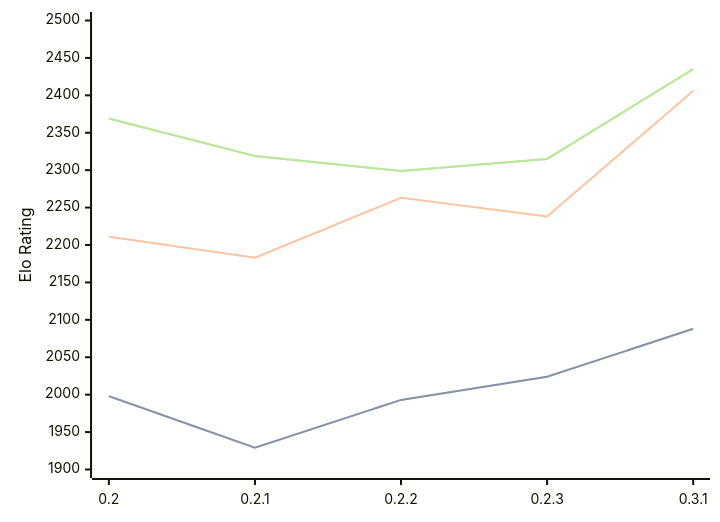
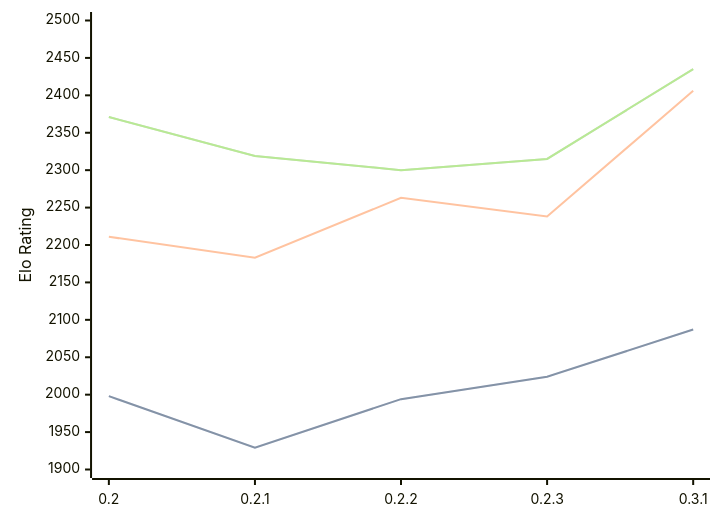
Before and after one commit to computer-chess-index/cci: the diagram in engines/Lolbot.md, drawn with Mermaid. The commit also changed other lines of this file, not shown here.

Commit message:
Update CCI Ratings (ELO VLTC) - 2026-09-05

````diff
--- a/engines/Lolbot.md
+++ b/engines/Lolbot.md
@@ -35,11 +35,11 @@
 ```mermaid
 %%{init: {"theme":"base","themeVariables":{"seriesColors:['#a3a3a3','#222221','#faa371']}}}%%
 xychart-beta
   x-axis ["0.2", "0.2.1", "0.2.2", "0.2.3", "0.3.1"]
   y-axis "Elo Rating" 1900 --> 2500
-  line "" [1998, 1929, 1993, 2024, 2088]
-  line "STC (8.0+0.08s)" [1998, 1929, 1993, 2024, 2088]
+  line "" [1998, 1929, 1994, 2024, 2087]
+  line "STC (8.0+0.08s)" [1998, 1929, 1994, 2024, 2087]
   line "LTC (60.0+0.60s)" [2211, 2183, 2263, 2238, 2406]
-  line "" [2369, 2319, 2299, 2315, 2435]
-  line "VLTC (2m24s+1.12s)" [2369, 2319, 2299, 2315, 2435]
+  line "" [2371, 2319, 2300, 2315, 2435]
+  line "VLTC (2m24s+1.12s)" [2371, 2319, 2300, 2315, 2435]
 ```
````
